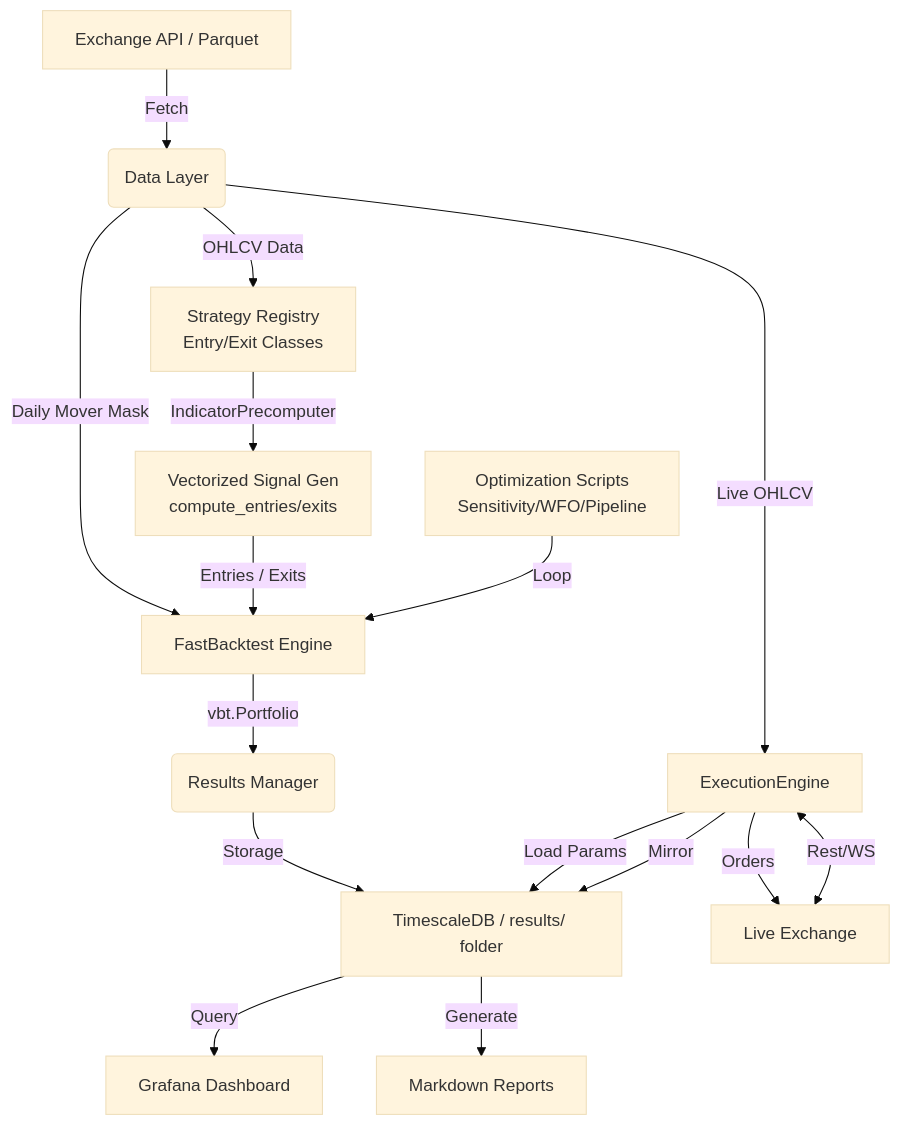
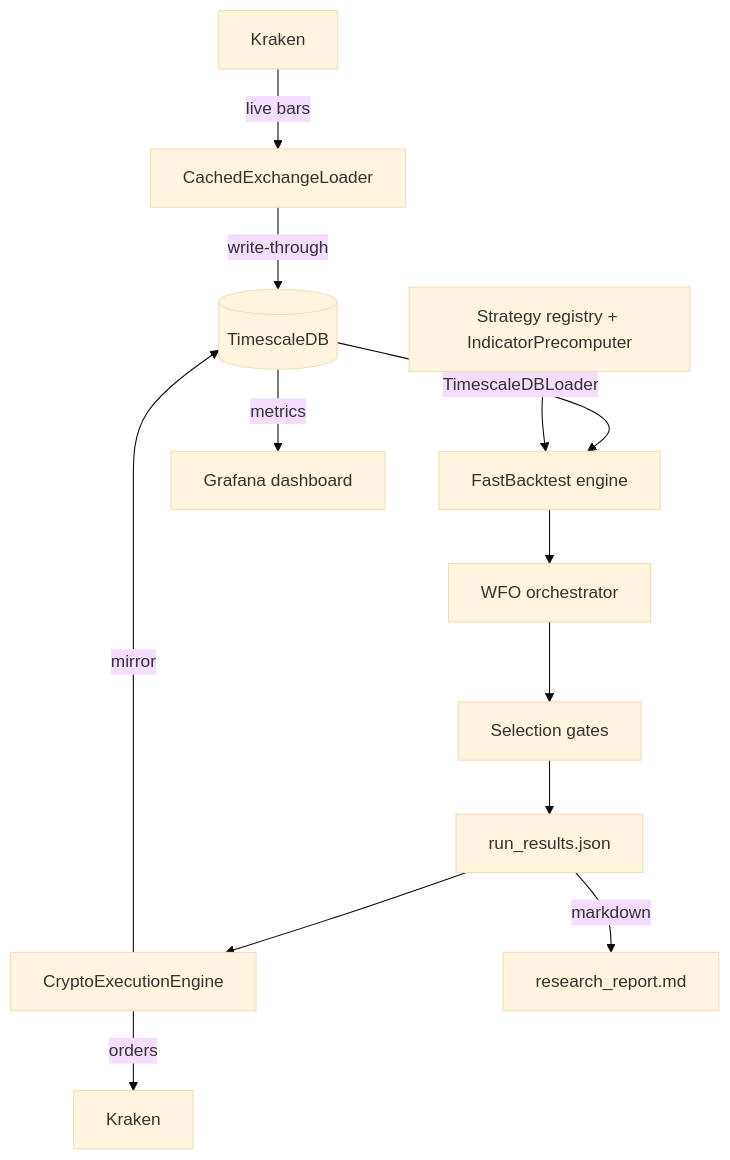
One commit to garykuepper/ggTrader changed the diagram in docs/architecture.md. Above: the diagram before and after it, drawn with Mermaid (base theme). The commit also changed other lines of this file and 215 other files, not shown here.

````diff
--- a/docs/architecture.md
+++ b/docs/architecture.md
@@ -223,18 +69,15 @@
 ```mermaid
 graph TD
-    A[Exchange API / Parquet] -->|Fetch| B(Data Layer)
-    B -->|OHLCV Data| C["Strategy Registry<br/>Entry/Exit Classes"]
-    B -->|Daily Mover Mask| D[FastBacktest Engine]
-    C -->|IndicatorPrecomputer| E["Vectorized Signal Gen<br/>compute_entries/exits"]
-    E -->|Entries / Exits| D
-    D -->|vbt.Portfolio| F(Results Manager)
-    F -->|Storage| G[TimescaleDB / results/ folder]
-    H["Optimization Scripts<br/>Sensitivity/WFO/Pipeline"] -->|Loop| D
-    G -->|Query| L[Grafana Dashboard]
-    G -->|Generate| M[Markdown Reports]
-    J[Live Exchange] <-->|Rest/WS| K[ExecutionEngine]
-    K -->|Load Params| G
-    B -->|Live OHLCV| K
-    K -->|Orders| J
-    K -->|Mirror| G
+    A[Kraken] -->|live bars| B[CachedExchangeLoader]
+    B -->|write-through| C[(TimescaleDB)]
+    C -->|TimescaleDBLoader| D[FastBacktest engine]
+    E[Strategy registry + IndicatorPrecomputer] --> D
+    D --> F[WFO orchestrator]
+    F --> G[Selection gates]
+    G --> H[run_results.json]
+    H --> I[CryptoExecutionEngine]
+    I -->|orders| J[Kraken]
+    I -->|mirror| C
+    C -->|metrics| K[Grafana dashboard]
+    H -->|markdown| L[research_report.md]
 ```
````
